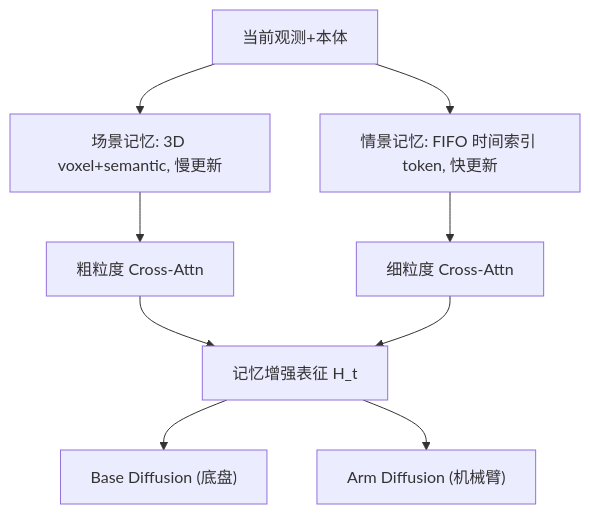
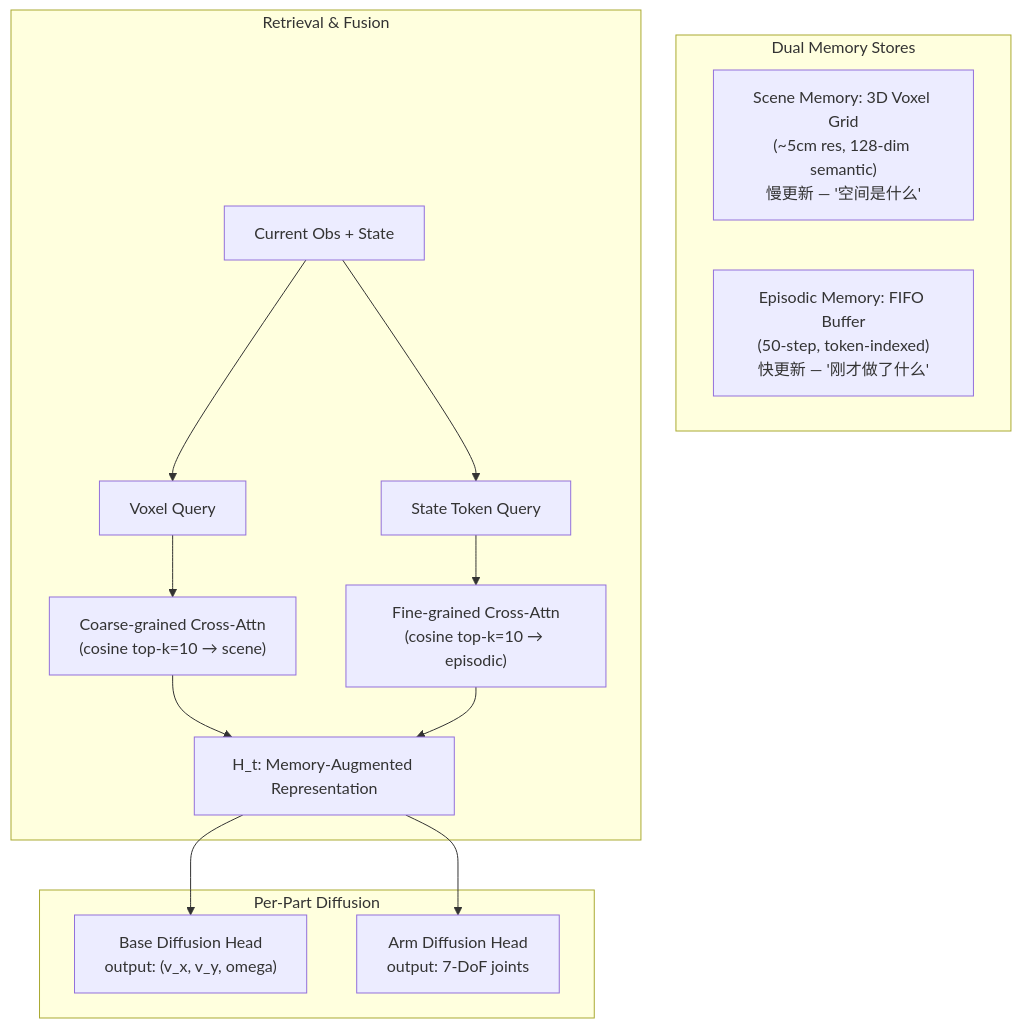
The diagram in notes/memory/echovla.md (luohu-arch/physical_intelligence_study), drawn with Mermaid before and after one commit. The commit also changed other lines of this file and 3 other files, not shown here.

````diff
--- a/notes/memory/echovla.md
+++ b/notes/memory/echovla.md
@@ -22,11 +22,21 @@
 ```mermaid
 graph TD
-    OBS["当前观测+本体"] --> SCENE["场景记忆: 3D voxel+semantic, 慢更新"]
-    OBS --> EPIS["情景记忆: FIFO 时间索引 token, 快更新"]
-    SCENE --> COARSE["粗粒度 Cross-Attn"]
-    EPIS --> FINE["细粒度 Cross-Attn"]
-    COARSE --> FUSION["记忆增强表征 H_t"]
-    FINE --> FUSION
-    FUSION --> BASE["Base Diffusion (底盘)"]
-    FUSION --> ARM["Arm Diffusion (机械臂)"]
+    subgraph "Dual Memory Stores"
+        SCENE["Scene Memory: 3D Voxel Grid<br/>(~5cm res, 128-dim semantic)<br/>慢更新 — '空间是什么'"]
+        EPIS["Episodic Memory: FIFO Buffer<br/>(50-step, token-indexed)<br/>快更新 — '刚才做了什么'"]
+    end
+    
+    subgraph "Retrieval & Fusion"
+        OBS["Current Obs + State"] --> SCENE_QUERY["Voxel Query"]
+        OBS --> EPIS_QUERY["State Token Query"]
+        SCENE_QUERY --> COARSE["Coarse-grained Cross-Attn<br/>(cosine top-k=10 → scene)"]
+        EPIS_QUERY --> FINE["Fine-grained Cross-Attn<br/>(cosine top-k=10 → episodic)"]
+        COARSE --> FUSION["H_t: Memory-Augmented Representation"]
+        FINE --> FUSION
+    end
+    
+    subgraph "Per-Part Diffusion"
+        FUSION --> BASE_DIFF["Base Diffusion Head<br/>output: (v_x, v_y, omega)"]
+        FUSION --> ARM_DIFF["Arm Diffusion Head<br/>output: 7-DoF joints"]
+    end
 ```
````
